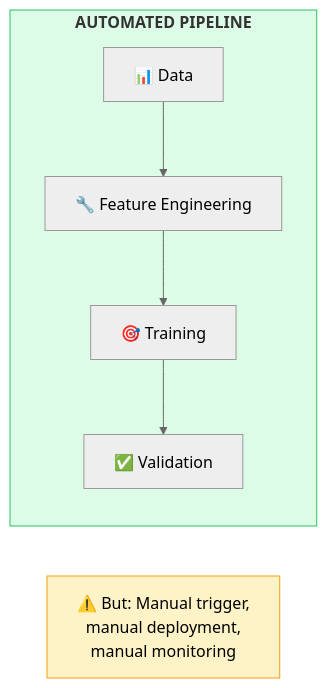
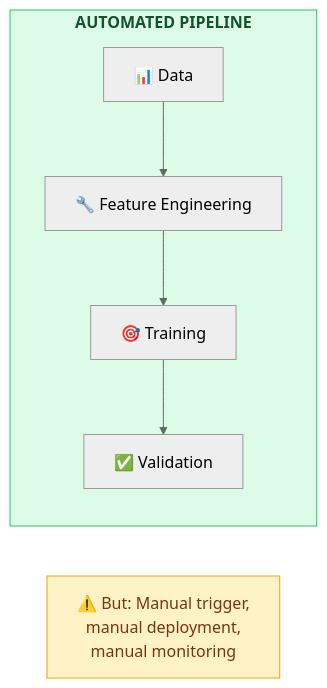
One commit to asq-sheriff/AI-Production-Checklist changed the second of 4 diagrams in docs/MLOPS-MATURITY-MODEL.md. Above: the diagram before and after it, drawn with Mermaid (neutral theme). The commit also changed other lines of this file and 8 other files, not shown here.

First line of the commit message:
Fix text contrast in all Mermaid diagrams

````diff
--- a/docs/MLOPS-MATURITY-MODEL.md
+++ b/docs/MLOPS-MATURITY-MODEL.md
@@ -73,13 +73,13 @@
 ```mermaid
 flowchart LR
     subgraph pipeline[<b>AUTOMATED PIPELINE</b>]
         Data[📊 Data] --> FE[🔧 Feature Engineering]
         FE --> Train[🎯 Training]
         Train --> Val[✅ Validation]
     end
 
     Note[⚠️ But: Manual trigger,<br/>manual deployment,<br/>manual monitoring]
 
-    style pipeline fill:#dcfce7,stroke:#22c55e
-    style Note fill:#fef3c7,stroke:#f59e0b
+    style pipeline fill:#dcfce7,stroke:#22c55e,color:#14532d
+    style Note fill:#fef3c7,stroke:#f59e0b,color:#78350f
 ```
````
